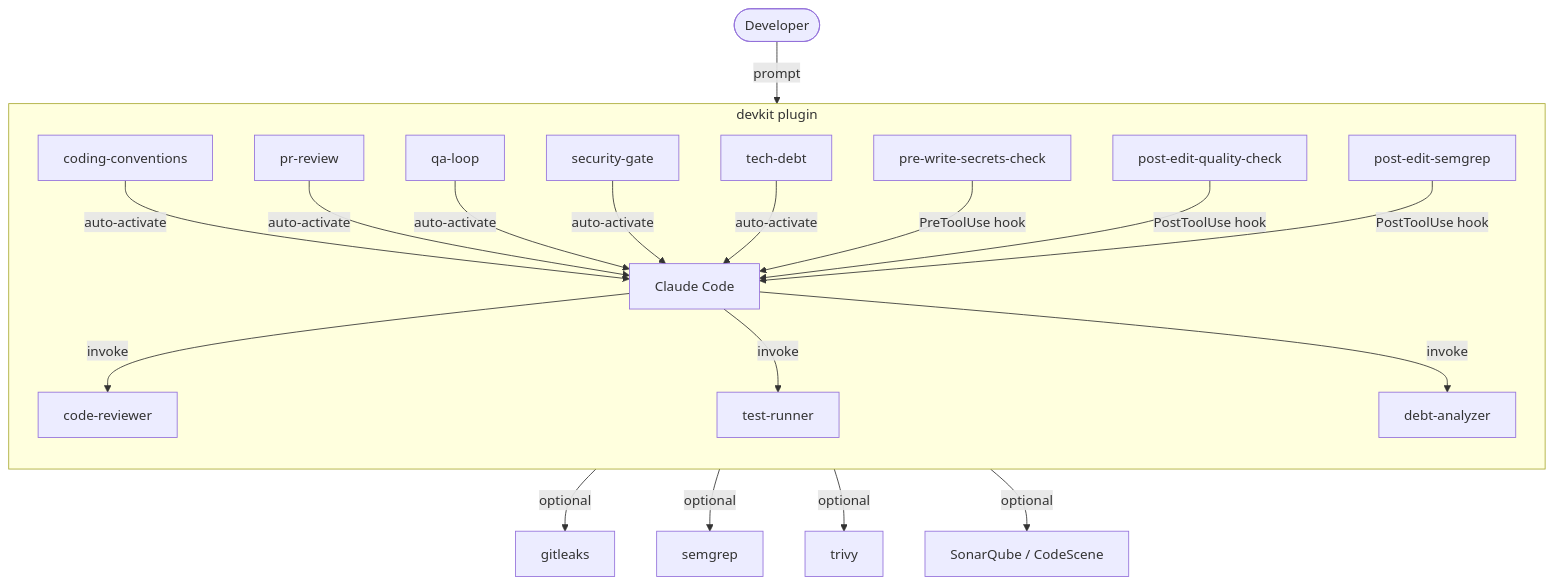
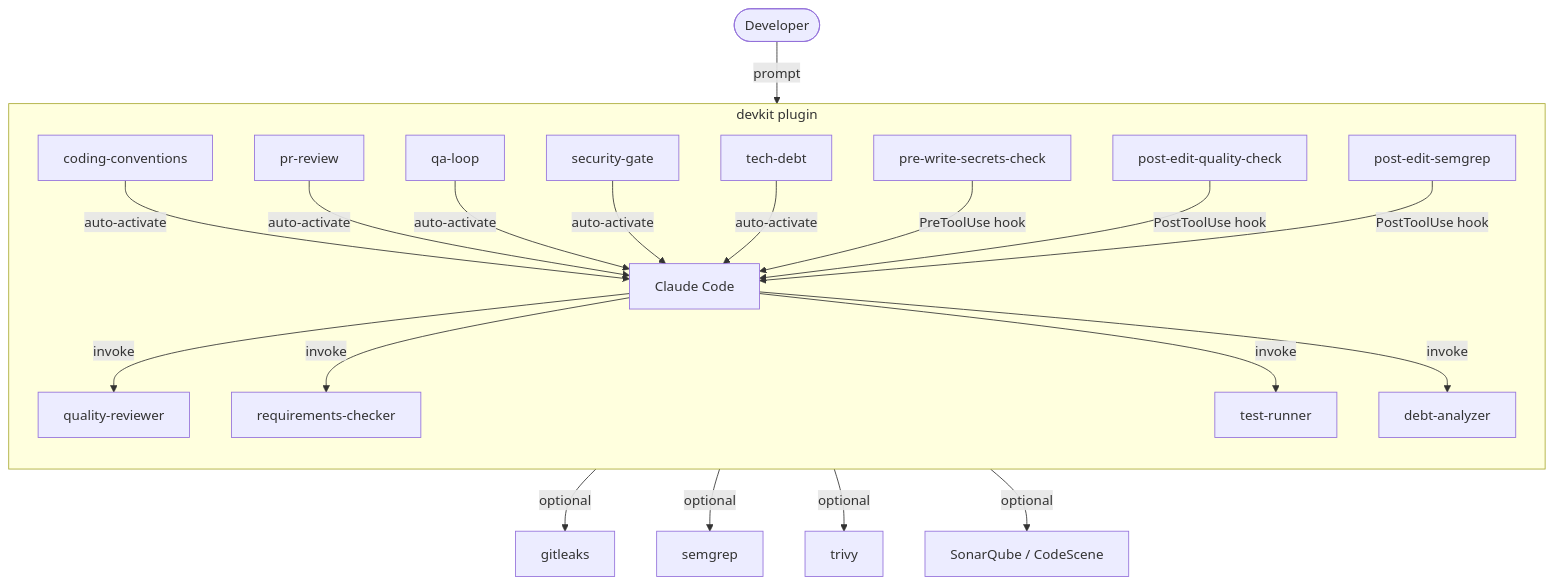
One commit to 3eer/devkit changed the diagram in README.md. Above: the diagram before and after it, drawn with Mermaid. The commit also changed other lines of this file, not shown here.

````diff
--- a/README.md
+++ b/README.md
@@ -48,26 +49,27 @@
 ```mermaid
 flowchart TD
     User([Developer]) -->|prompt| CC[Claude Code]
 
     subgraph devkit["devkit plugin"]
         direction TB
         S1[coding-conventions] -->|auto-activate| CC
         S2[pr-review] -->|auto-activate| CC
         S3[qa-loop] -->|auto-activate| CC
         S4[security-gate] -->|auto-activate| CC
         S5[tech-debt] -->|auto-activate| CC
 
         H1[pre-write-secrets-check] -->|PreToolUse hook| CC
         H2[post-edit-quality-check] -->|PostToolUse hook| CC
         H3[post-edit-semgrep] -->|PostToolUse hook| CC
 
-        CC -->|invoke| A1[code-reviewer]
+        CC -->|invoke| A1[quality-reviewer]
+        CC -->|invoke| A1b[requirements-checker]
         CC -->|invoke| A2[test-runner]
         CC -->|invoke| A3[debt-analyzer]
     end
 
     A2 -->|optional| EXT1[gitleaks]
     A2 -->|optional| EXT2[semgrep]
     A2 -->|optional| EXT3[trivy]
     A3 -->|optional| EXT4[SonarQube / CodeScene]
 ```
````
